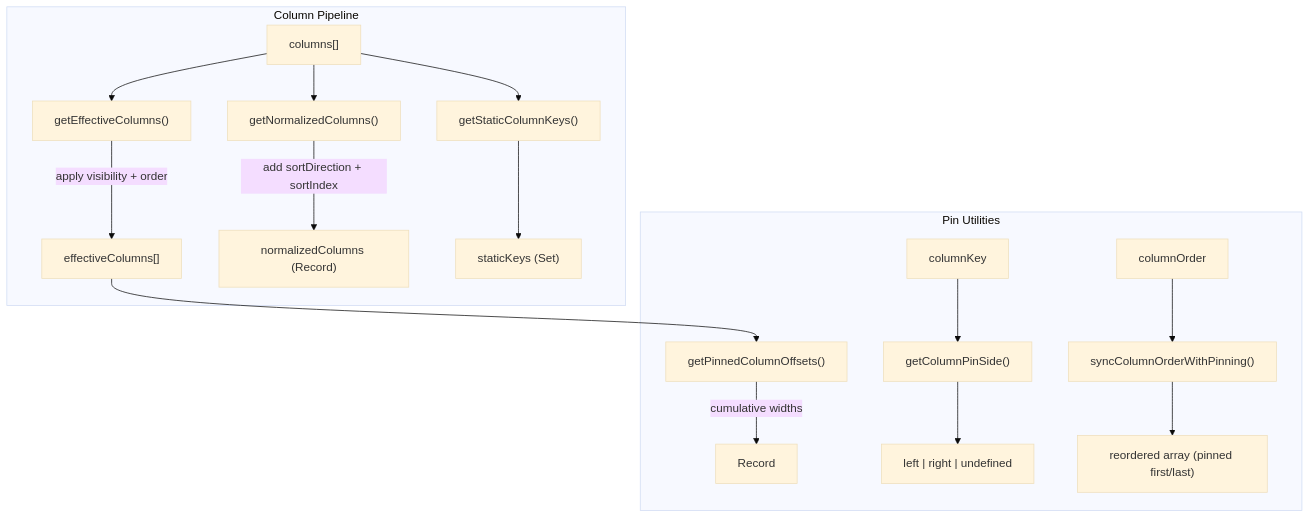
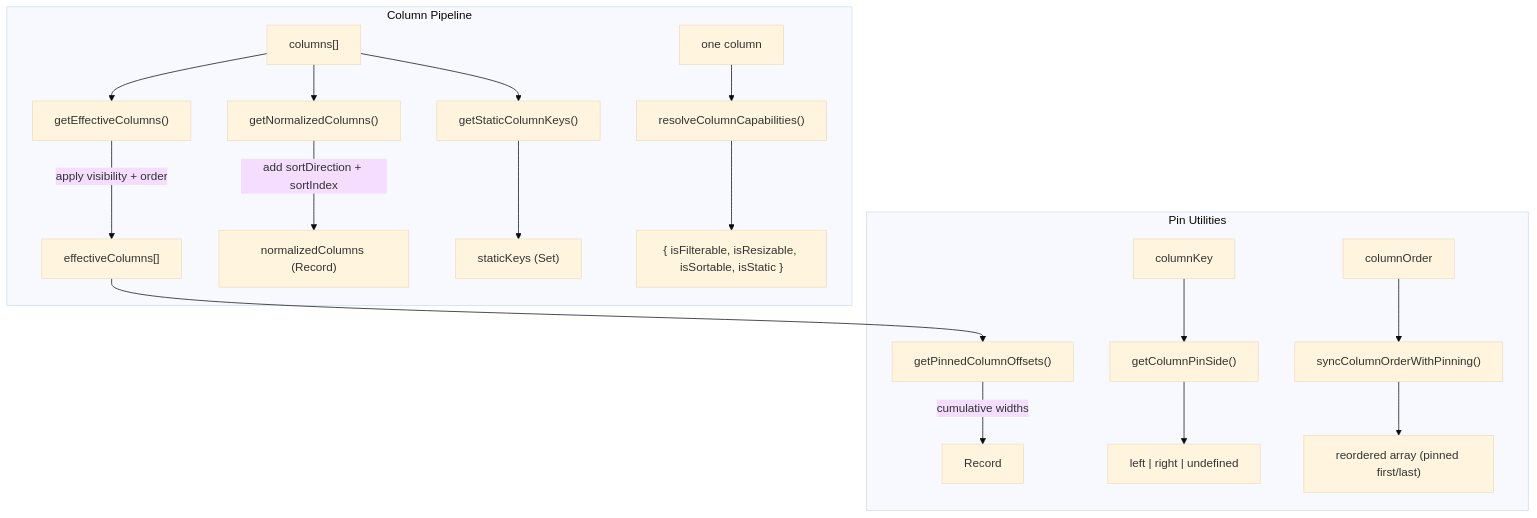
One commit to luciocabrera/lcabrera-stack changed the second of 3 diagrams in packages/ui/src/components/Table/utils/ARCHITECTURE.md. Above: the diagram before and after it, drawn with Mermaid (base theme). The commit also changed other lines of this file and 47 other files, not shown here.

First line of the commit message:
refactor(ui): resolve column capability defaults in one place (#628)

````diff
--- a/packages/ui/src/components/Table/utils/ARCHITECTURE.md
+++ b/packages/ui/src/components/Table/utils/ARCHITECTURE.md
@@ -82,24 +83,27 @@
 ```mermaid
 graph TD
   subgraph "Column Pipeline"
     Cols["columns[]"] --> EC["getEffectiveColumns()"]
     EC -->|"apply visibility + order"| Effective["effectiveColumns[]"]
 
     Cols --> NC["getNormalizedColumns()"]
     NC -->|"add sortDirection + sortIndex"| Normalized["normalizedColumns (Record)"]
 
     Cols --> SK["getStaticColumnKeys()"]
     SK --> Static["staticKeys (Set)"]
+
+    Col["one column"] --> RC["resolveColumnCapabilities()"]
+    RC --> Caps["{ isFilterable, isResizable, isSortable, isStatic }"]
   end
 
   subgraph "Pin Utilities"
     Effective --> Offsets["getPinnedColumnOffsets()"]
     Offsets -->|"cumulative widths"| PinInfo["Record<key, PinnedColumnInfo>"]
 
     Key["columnKey"] --> Side["getColumnPinSide()"]
     Side --> PinSide["left | right | undefined"]
 
     Order["columnOrder"] --> Sync["syncColumnOrderWithPinning()"]
     Sync --> NewOrder["reordered array (pinned first/last)"]
   end
 ```
````
